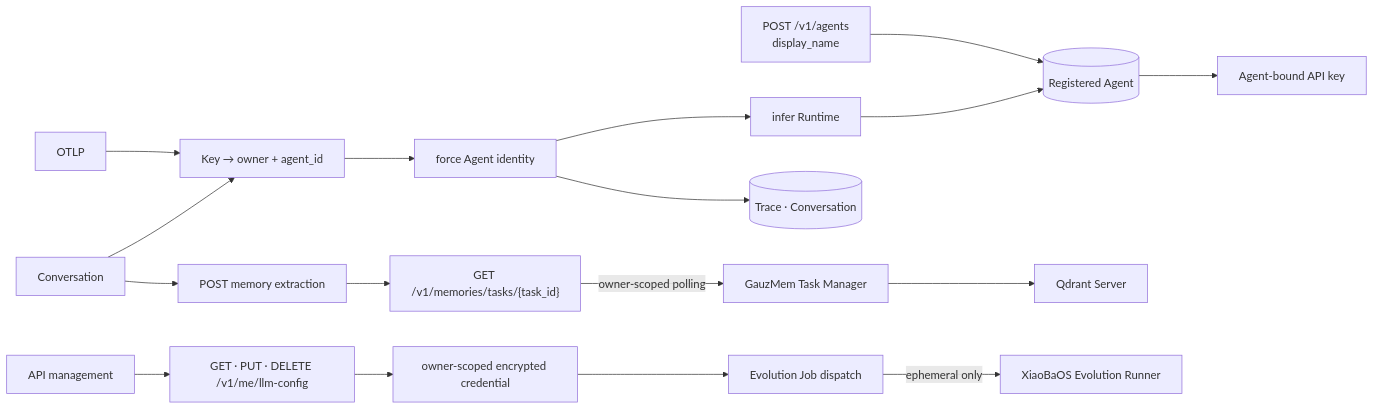
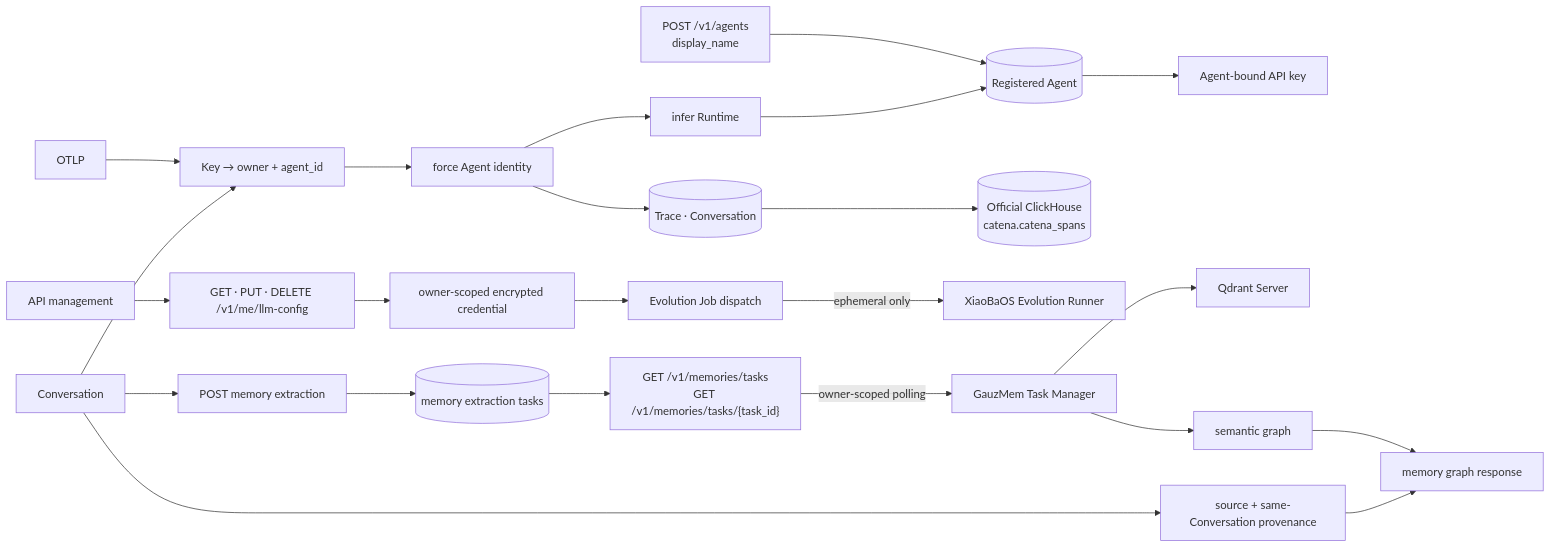
Before and after one commit to fightheyyy/CATENA: the second of 2 diagrams in control-plane/SPEC.md, drawn with Mermaid. The commit also changed other lines of this file and 30 other files, not shown here.

````diff
--- a/control-plane/SPEC.md
+++ b/control-plane/SPEC.md
@@ -46,19 +46,25 @@
 ```mermaid
 flowchart LR
     Create["POST /v1/agents<br/>display_name"] --> Registry[("Registered Agent")]
     Registry --> Key["Agent-bound API key"]
     OTLP["OTLP"] --> Auth["Key → owner + agent_id"]
     Conversation["Conversation"] --> Auth
     Auth --> Normalize["force Agent identity"]
     Normalize --> Detect["infer Runtime"]
     Normalize --> Evidence[("Trace · Conversation")]
+    Evidence --> CH[("Official ClickHouse<br/>catena.catena_spans")]
     Detect --> Registry
     Web["API management"] --> ModelAPI["GET · PUT · DELETE /v1/me/llm-config"]
     ModelAPI --> Encrypted["owner-scoped encrypted credential"]
     Encrypted --> Job["Evolution Job dispatch"]
     Job -->|"ephemeral only"| Runner["XiaoBaOS Evolution Runner"]
     Conversation --> MemorySubmit["POST memory extraction"]
-    MemorySubmit --> MemoryTask["GET /v1/memories/tasks/{task_id}"]
+    MemorySubmit --> Ledger[("memory extraction tasks")]
+    Ledger --> MemoryTask["GET /v1/memories/tasks<br/>GET /v1/memories/tasks/{task_id}"]
     MemoryTask -->|"owner-scoped polling"| GauzMem["GauzMem Task Manager"]
     GauzMem --> Vector["Qdrant Server"]
+    GauzMem --> Semantic["semantic graph"]
+    Conversation --> Provenance["source + same-Conversation provenance"]
+    Semantic --> Graph["memory graph response"]
+    Provenance --> Graph
 ```
````
